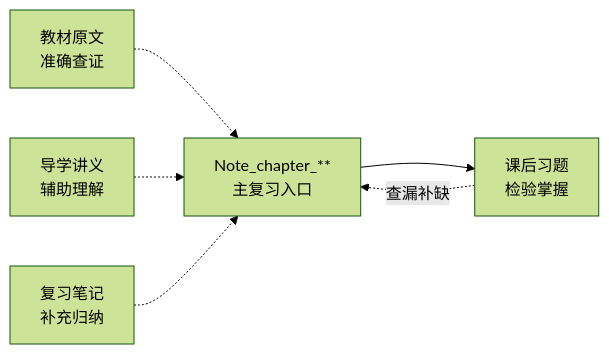
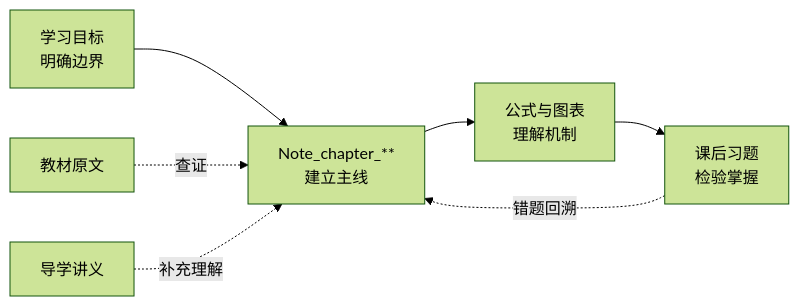
Before and after one commit to TiiJeiJ8/Cryptography-and-Network-Security-Principle-and-Practice-Eight-Edition-0857: the diagram in README.md, drawn with Mermaid (forest theme). The commit also changed other lines of this file, not shown here.

````diff
--- a/README.md
+++ b/README.md
@@ -42,8 +39,9 @@
 ```mermaid
 flowchart LR
-    A["Note_chapter_**<br/>主复习入口"] --> B["课后习题<br/>检验掌握"]
-    B -. 查漏补缺 .-> A
-    C["教材原文<br/>准确查证"] -.-> A
-    D["导学讲义<br/>辅助理解"] -.-> A
-    E["复习笔记<br/>补充归纳"] -.-> A
+    A["学习目标<br/>明确边界"] --> B["Note_chapter_**<br/>建立主线"]
+    B --> C["公式与图表<br/>理解机制"]
+    C --> D["课后习题<br/>检验掌握"]
+    D -. 错题回溯 .-> B
+    E["教材原文"] -. 查证 .-> B
+    F["导学讲义"] -. 补充理解 .-> B
 ```
````
